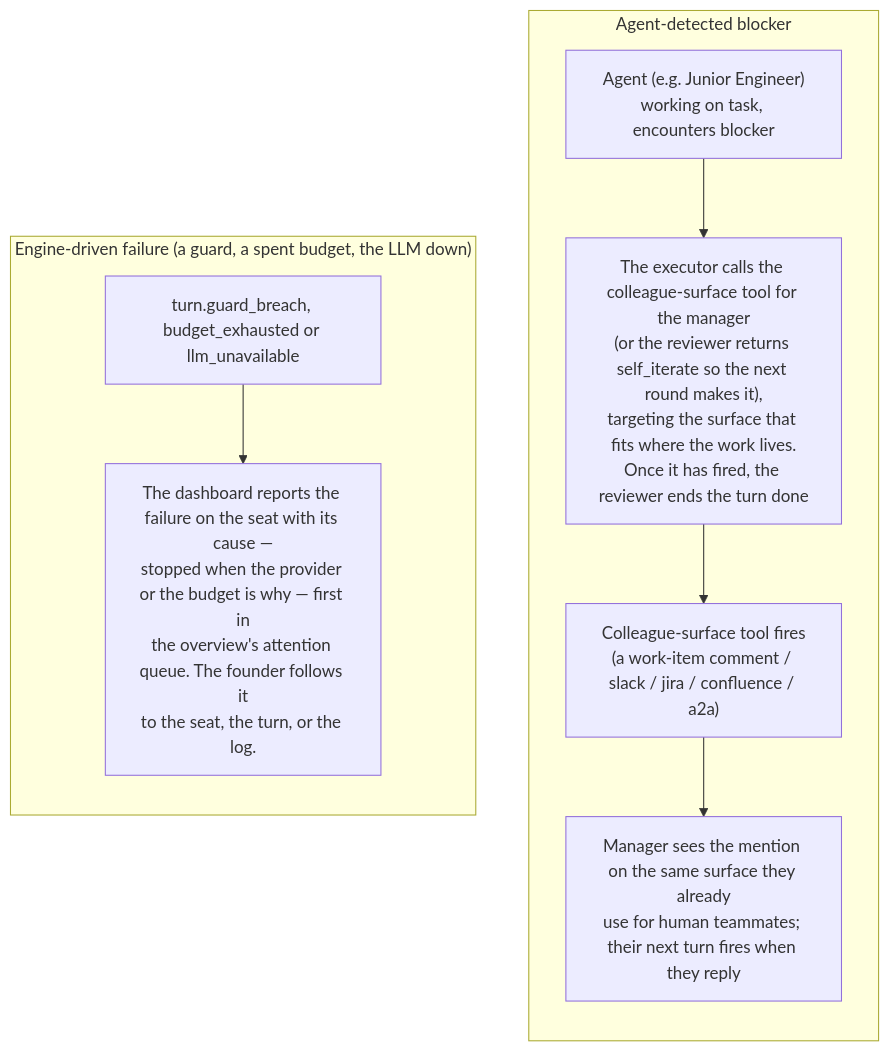
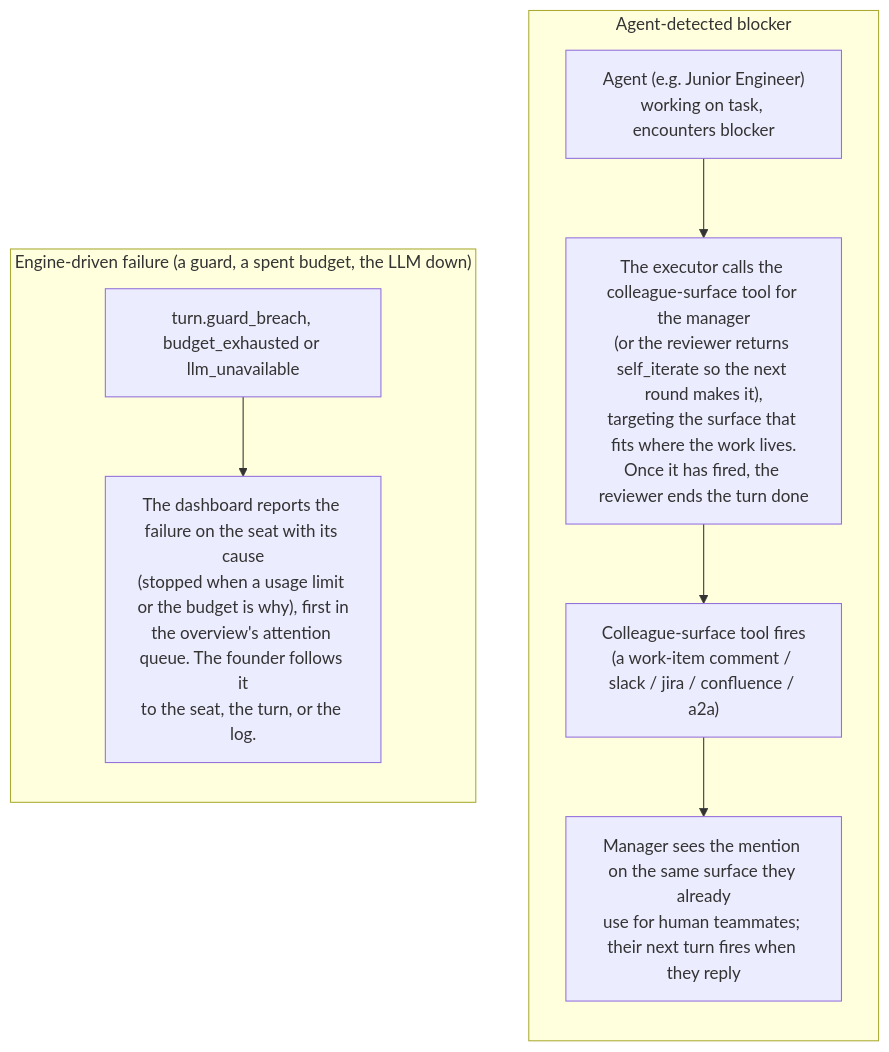
One commit to crewlet/crewlet changed the fifth of 5 diagrams in docs/concepts/task-engine.md. Above: the diagram before and after it, drawn with Mermaid. The commit also changed other lines of this file and 14 other files, not shown here.

First line of the commit message:
fix(livestate): hold a model's usage limit as one steady seat state

````diff
--- a/docs/concepts/task-engine.md
+++ b/docs/concepts/task-engine.md
@@ -323,17 +323,17 @@
 ```mermaid
 flowchart TD
     subgraph blocked["Agent-detected blocker"]
         direction TB
         A["Agent (e.g. Junior Engineer)<br/>working on task, encounters blocker"]
         B["The executor calls the colleague-surface tool for the manager<br/>(or the reviewer returns self_iterate so the next round makes it),<br/>targeting the surface that fits where the work lives.<br/>Once it has fired, the reviewer ends the turn done"]
         C["Colleague-surface tool fires<br/>(a work-item comment / slack / jira / confluence / a2a)"]
         D["Manager sees the mention on the same surface they already<br/>use for human teammates; their next turn fires when they reply"]
         A --> B --> C --> D
     end
     subgraph enginefail["Engine-driven failure (a guard, a spent budget, the LLM down)"]
         direction TB
         E["turn.guard_breach, budget_exhausted or llm_unavailable"]
-        F["The dashboard reports the failure on the seat with its cause —<br/>stopped when the provider or the budget is why — first in<br/>the overview's attention queue. The founder follows it<br/>to the seat, the turn, or the log."]
+        F["The dashboard reports the failure on the seat with its cause<br/>(stopped when a usage limit or the budget is why), first in<br/>the overview's attention queue. The founder follows it<br/>to the seat, the turn, or the log."]
         E --> F
     end
 ```
````
